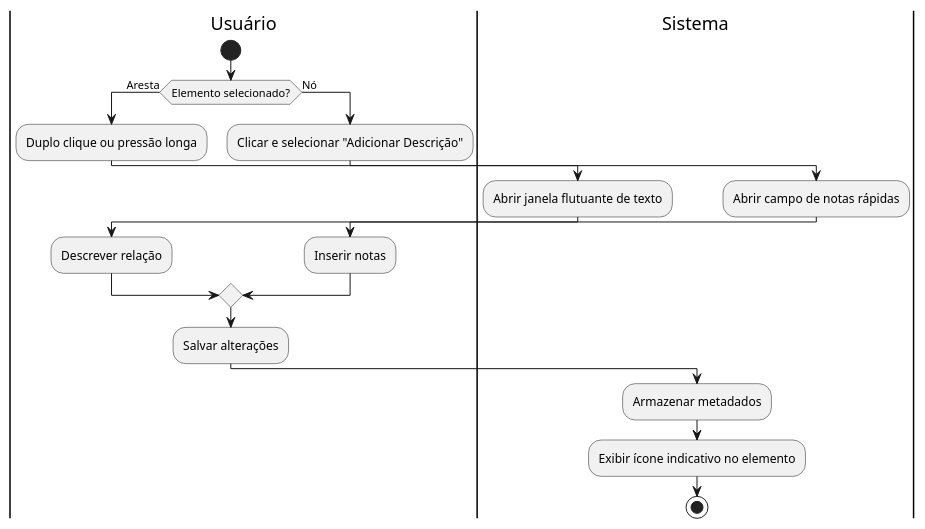
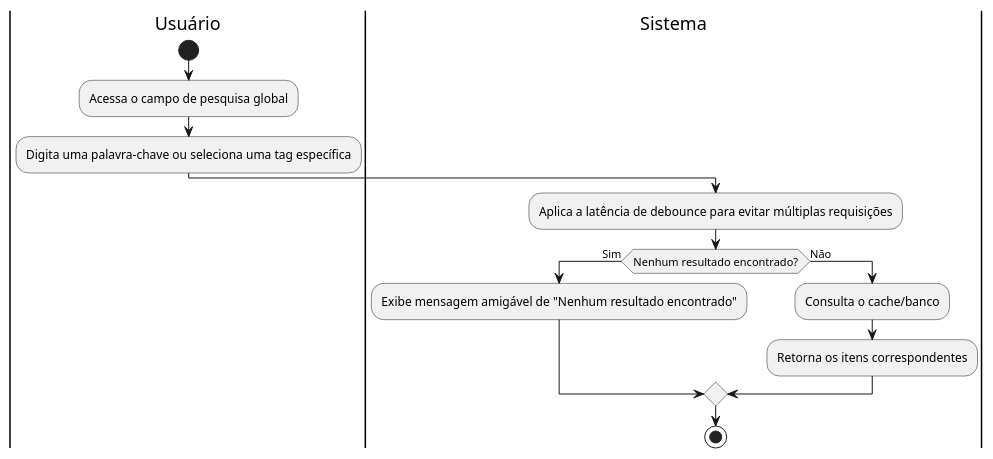
One commit to aspiringluke/Projeto-Integrado-Mobile changed the diagram in docs/casosUso/uml/diagramas_atividade/diagrama_atividade_UC13.puml. Above: the diagram before and after it, drawn with PlantUML. The commit also changed 19 other files, not shown here.

Commit message:
docs: Diagramas de atividade ajustados aos casos de uso atuais

```diff
--- a/docs/casosUso/uml/diagramas_atividade/diagrama_atividade_UC13.puml
+++ b/docs/casosUso/uml/diagramas_atividade/diagrama_atividade_UC13.puml
@@ -1,25 +1,21 @@
 @startuml diagrama_UC13
 
 |Usuário|
 start
-if (Elemento selecionado?) then (Aresta)
-  :Duplo clique ou pressão longa;
-  |Sistema|
-  :Abrir janela flutuante de texto;
-  |Usuário|
-  :Descrever relação;
-else (Nó)
-  :Clicar e selecionar "Adicionar Descrição";
-  |Sistema|
-  :Abrir campo de notas rápidas;
-  |Usuário|
-  :Inserir notas;
+:Acessa o campo de pesquisa global;
+:Digita uma palavra-chave ou seleciona uma tag específica;
+
+|Sistema|
+:Aplica a latência de debounce para evitar múltiplas requisições;
+
+if (Nenhum resultado encontrado?) then (Sim)
+    |Sistema|
+    :Exibe mensagem amigável de "Nenhum resultado encontrado";
+else (Não)
+    |Sistema|
+    :Consulta o cache/banco;
+    :Retorna os itens correspondentes;
 endif
 
-:Salvar alterações;
-|Sistema|
-:Armazenar metadados;
-:Exibir ícone indicativo no elemento;
 stop
-
 @enduml
```
